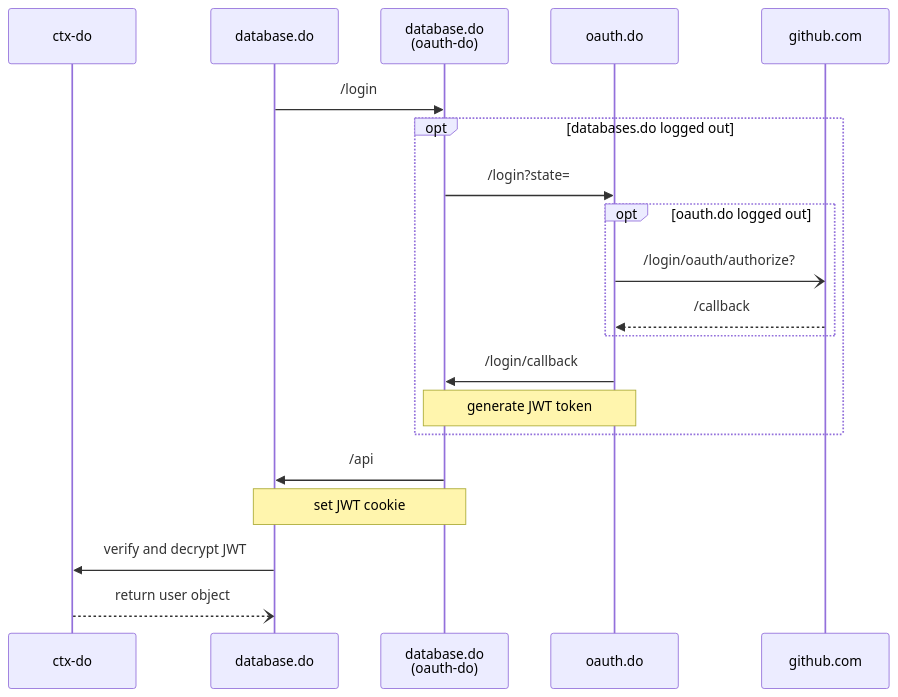
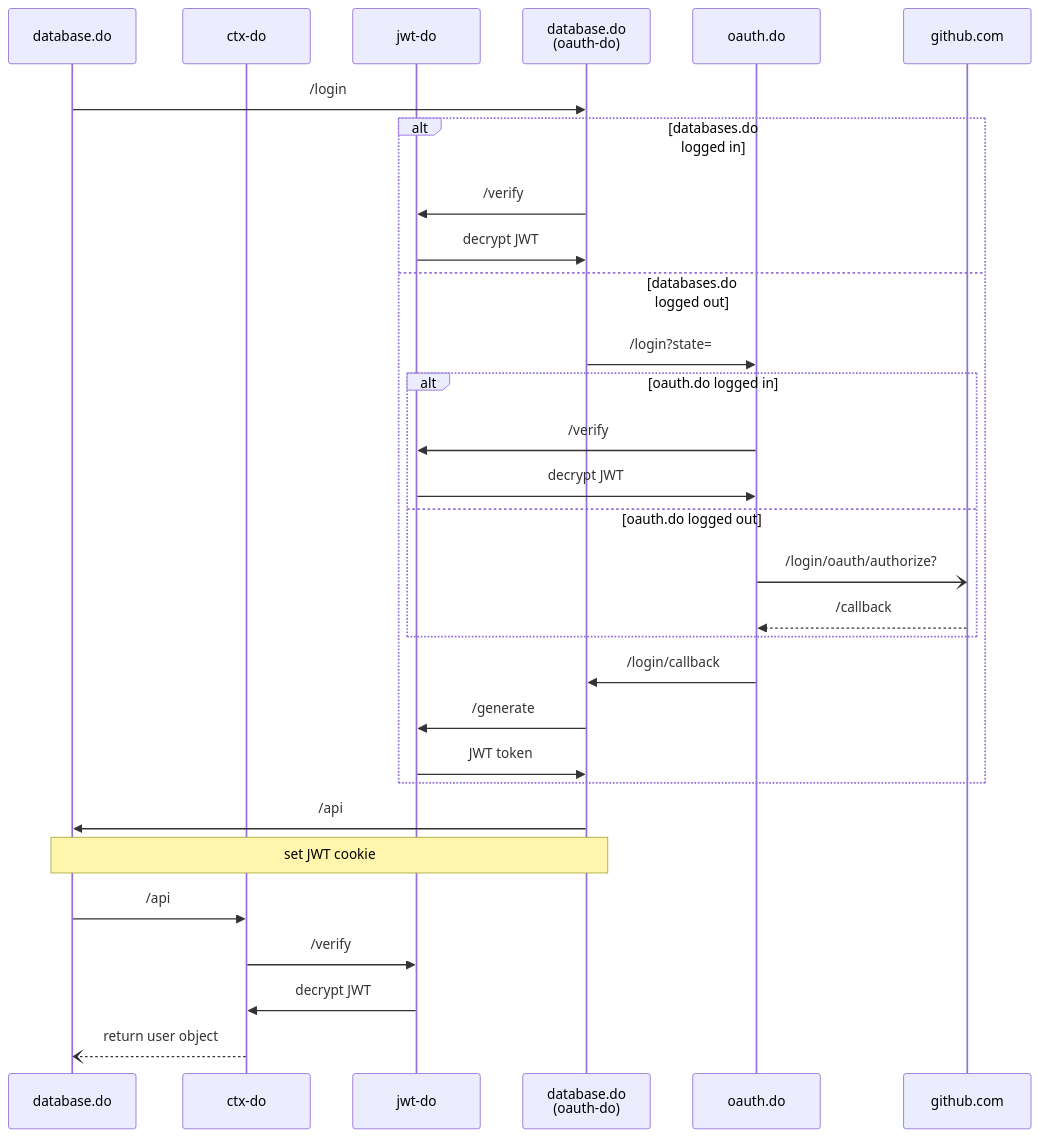
The diagram in README.md (drivly/oauth.do), drawn with Mermaid before and after one commit. The commit also changed 1 other file, not shown here.

Commit message:
Add redirect uri for /me and docs

````diff
--- a/README.md
+++ b/README.md
@@ -9,21 +9,31 @@
 ```mermaid
 sequenceDiagram
+  participant D as database.do
   participant C as ctx-do
-  participant D as database.do
+  participant J as jwt-do
   participant O as database.do<br/>(oauth-do)
   participant A as oauth.do
   D->>O: /login
-  opt databases.do logged out
+  alt databases.do logged in
+    O->>J: /verify
+    J->>O: decrypt JWT
+  else databases.do logged out
     O->>A: /login?state=
-    opt oauth.do logged out
+    alt oauth.do logged in
+      A->>J: /verify
+      J->>A: decrypt JWT
+    else oauth.do logged out
       A-)github.com: /login/oauth/authorize?
       github.com-->>A: /callback
     end
     A->>O: /login/callback
-    Note over A,O: generate JWT token
+    O->>J: /generate
+    J->>O: JWT token
   end
   O->>D: /api
   Note over O,D: set JWT cookie
-  D->>C: verify and decrypt JWT
+  D->>C: /api
+  C->>J: /verify
+  J->>C: decrypt JWT
   C--)D: return user object
 ```
````
